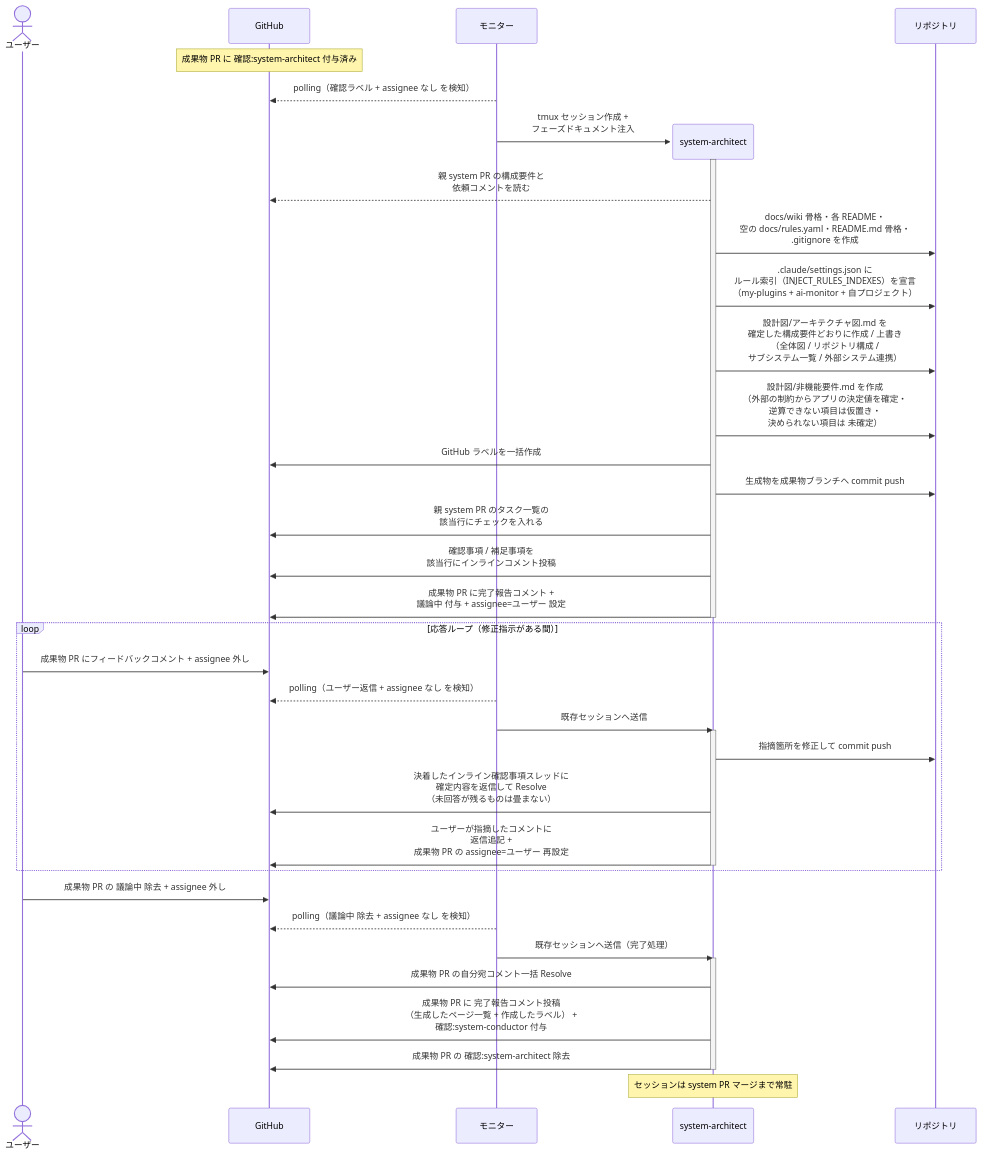
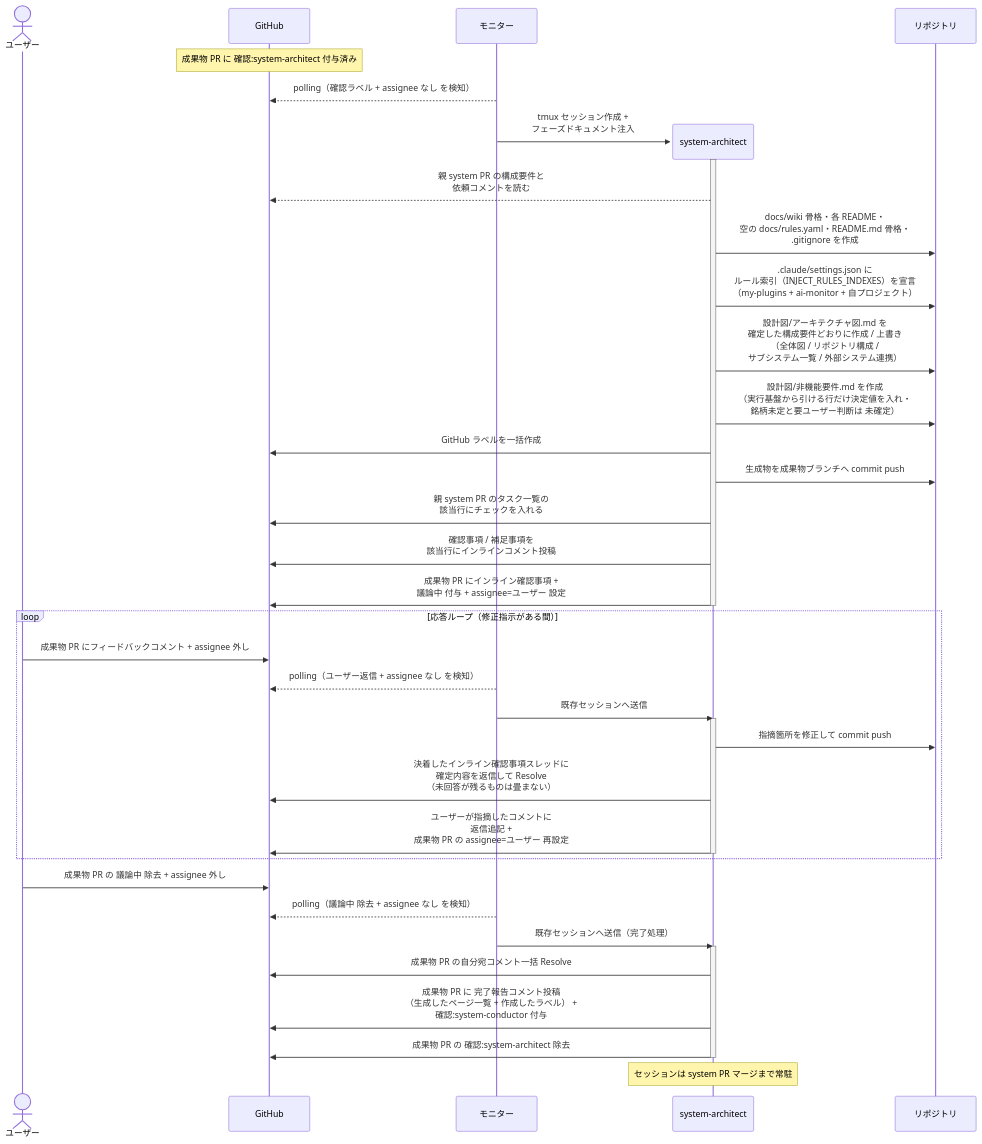
Before and after one commit to shuhei1101/ai-monitor: the diagram in docs/wiki/設計図/シナリオ/単一ユースケース/システム土台生成.md, drawn with Mermaid. The commit also changed other lines of this file and 174 other files, not shown here.

````diff
--- a/docs/wiki/設計図/シナリオ/単一ユースケース/システム土台生成.md
+++ b/docs/wiki/設計図/シナリオ/単一ユースケース/システム土台生成.md
@@ -28,45 +28,45 @@
 ```mermaid
 sequenceDiagram
   actor U as ユーザー
   participant GH as GitHub
   participant ORC as モニター
 
   Note over GH: 成果物 PR に 確認:system-architect 付与済み
   ORC-->>GH: polling（確認ラベル + assignee なし を検知）
   create participant MON as system-architect
   ORC->>MON: tmux セッション作成 +<br>フェーズドキュメント注入
   activate MON
   participant REPO as リポジトリ
   MON-->>GH: 親 system PR の構成要件と<br>依頼コメントを読む
   MON->>REPO: docs/wiki 骨格・各 README・<br>空の docs/rules.yaml・README.md 骨格・<br>.gitignore を作成
   MON->>REPO: .claude/settings.json に<br>ルール索引（INJECT_RULES_INDEXES）を宣言<br>（my-plugins + ai-monitor + 自プロジェクト）
   MON->>REPO: 設計図/アーキテクチャ図.md を<br>確定した構成要件どおりに作成 / 上書き<br>（全体図 / リポジトリ構成 /<br>サブシステム一覧 / 外部システム連携）
-  MON->>REPO: 設計図/非機能要件.md を作成<br>（外部の制約からアプリの決定値を確定・<br>逆算できない項目は仮置き・<br>決められない項目は 未確定）
+  MON->>REPO: 設計図/非機能要件.md を作成<br>（実行基盤から引ける行だけ決定値を入れ・<br>銘柄未定と要ユーザー判断は 未確定）
   MON->>GH: GitHub ラベルを一括作成
   MON->>REPO: 生成物を成果物ブランチへ commit push
   MON->>GH: 親 system PR のタスク一覧の<br>該当行にチェックを入れる
   MON->>GH: 確認事項 / 補足事項を<br>該当行にインラインコメント投稿
-  MON->>GH: 成果物 PR に完了報告コメント +<br>議論中 付与 + assignee=ユーザー 設定
+  MON->>GH: 成果物 PR にインライン確認事項 +<br>議論中 付与 + assignee=ユーザー 設定
   deactivate MON
 
   loop 応答ループ（修正指示がある間）
     U->>GH: 成果物 PR にフィードバックコメント + assignee 外し
     ORC-->>GH: polling（ユーザー返信 + assignee なし を検知）
     ORC->>MON: 既存セッションへ送信
     activate MON
     MON->>REPO: 指摘箇所を修正して commit push
     MON->>GH: 決着したインライン確認事項スレッドに<br>確定内容を返信して Resolve<br>（未回答が残るものは畳まない）
     MON->>GH: ユーザーが指摘したコメントに<br>返信追記 +<br>成果物 PR の assignee=ユーザー 再設定
     deactivate MON
   end
 
   U->>GH: 成果物 PR の 議論中 除去 + assignee 外し
   ORC-->>GH: polling（議論中 除去 + assignee なし を検知）
   ORC->>MON: 既存セッションへ送信（完了処理）
   activate MON
   MON->>GH: 成果物 PR の自分宛コメント一括 Resolve
   MON->>GH: 成果物 PR に 完了報告コメント投稿<br>（生成したページ一覧 + 作成したラベル） +<br>確認:system-conductor 付与
   MON->>GH: 成果物 PR の 確認:system-architect 除去
   deactivate MON
   Note over MON: セッションは system PR マージまで常駐
 ```
````
